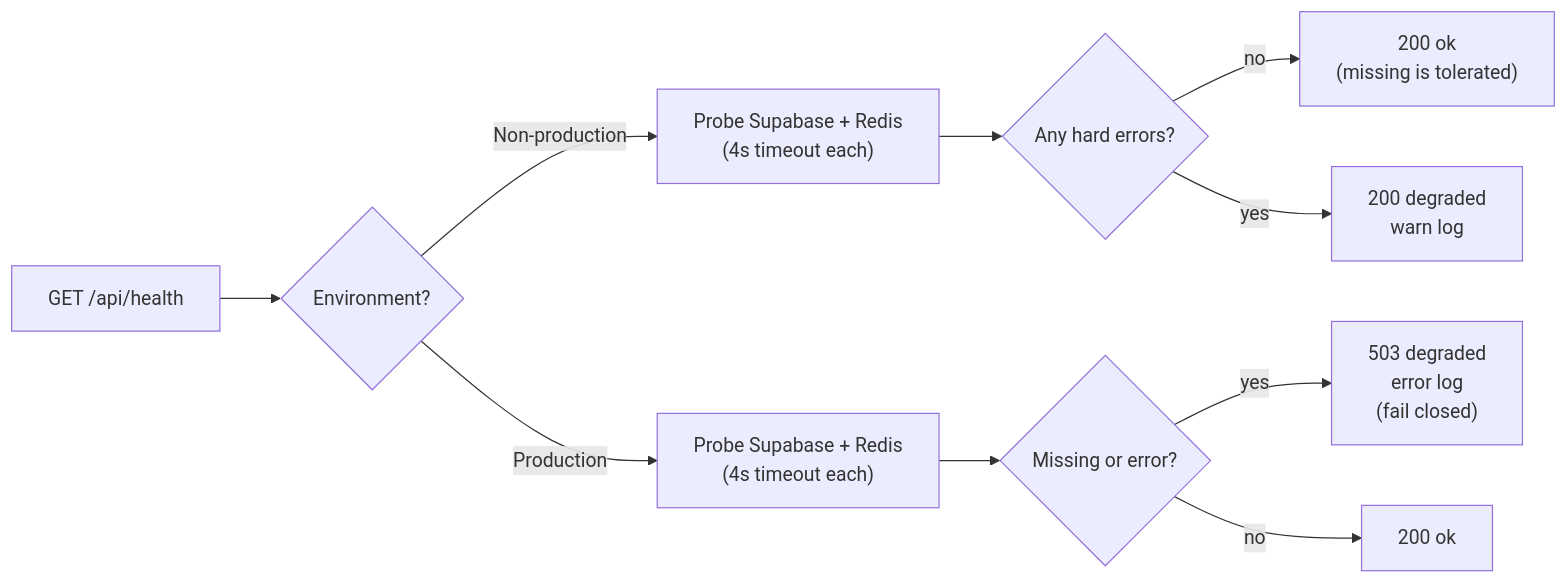
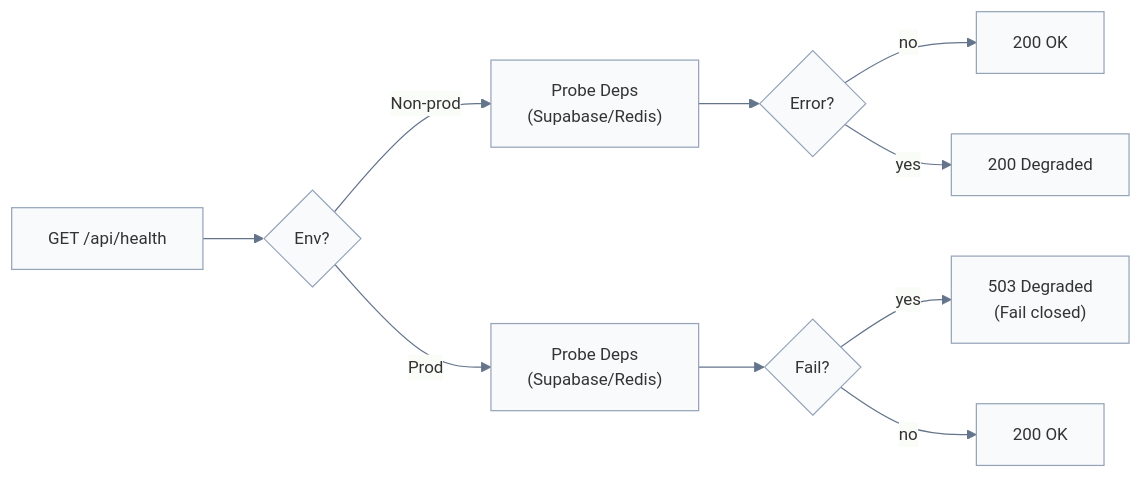
The fifth of 6 diagrams in docs/ARCHITECTURE_FLOWS.md (GeorgianaAI/spectra-ai), drawn with Mermaid before and after one commit. The commit also changed other lines of this file, not shown here.

Commit message:
chore: update layout for diagram JWT Auth + Middleware Guard Flow

````diff
--- a/docs/ARCHITECTURE_FLOWS.md
+++ b/docs/ARCHITECTURE_FLOWS.md
@@ -227,14 +233,14 @@
 ```mermaid
+%%{init: {'theme': 'base', 'themeVariables': {'primaryColor': '#f8fafc', 'primaryBorderColor': '#94a3b8', 'lineColor': '#64748b', 'fontSize': '14px'}}}%%
 flowchart LR
-A["GET /api/health"] --> B{Environment?}
-
-B -- Non-production --> C["Probe Supabase + Redis\n(4s timeout each)"]
-C --> D{Any hard errors?}
-D -- no --> E["200 ok\n(missing is tolerated)"]
-D -- yes --> F["200 degraded\nwarn log"]
-
-B -- Production --> G["Probe Supabase + Redis\n(4s timeout each)"]
-G --> H{Missing or error?}
-H -- yes --> I["503 degraded\nerror log\n(fail closed)"]
-H -- no --> J["200 ok"]
+    A["GET /api/health"] --> B{Env?}
+    B -- Non-prod --> C["Probe Deps\n(Supabase/Redis)"]
+    C --> D{Error?}
+    D -- no --> E["200 OK"]
+    D -- yes --> F["200 Degraded"]
+    
+    B -- Prod --> G["Probe Deps\n(Supabase/Redis)"]
+    G --> H{Fail?}
+    H -- yes --> I["503 Degraded\n(Fail closed)"]
+    H -- no --> J["200 OK"]
 ```
````
